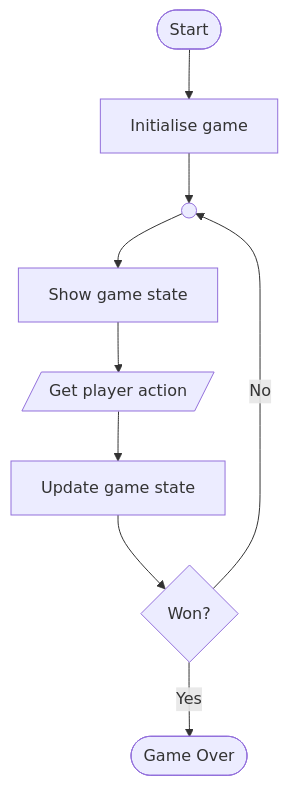
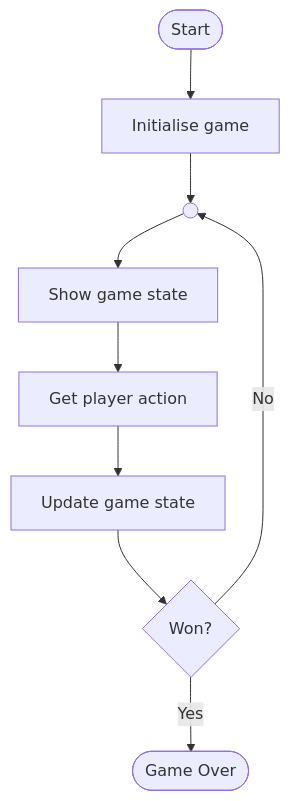
Before and after one commit to waimea-dt/how-do-i: the first of 3 diagrams in docs/programming/algorithms/games.md, drawn with Mermaid. The commit also changed other lines of this file and 8 other files, not shown here.

````diff
--- a/docs/programming/algorithms/games.md
+++ b/docs/programming/algorithms/games.md
@@ -7,17 +14,17 @@
 ```mermaid
 flowchart TD
     %% Define nodes
     start([Start])
     init[Initialise game]
     loop(( ))
     show[Show game state]
-    input[/Get player action/]
+    input[Get player action]
     update[Update game state]
     win{Won?}
     over([Game Over])
 
     %% Define links
     start --> init --> loop --> show --> input --> update --> win
     win -- Yes --> over
     win -- No --> loop
 ```
````
